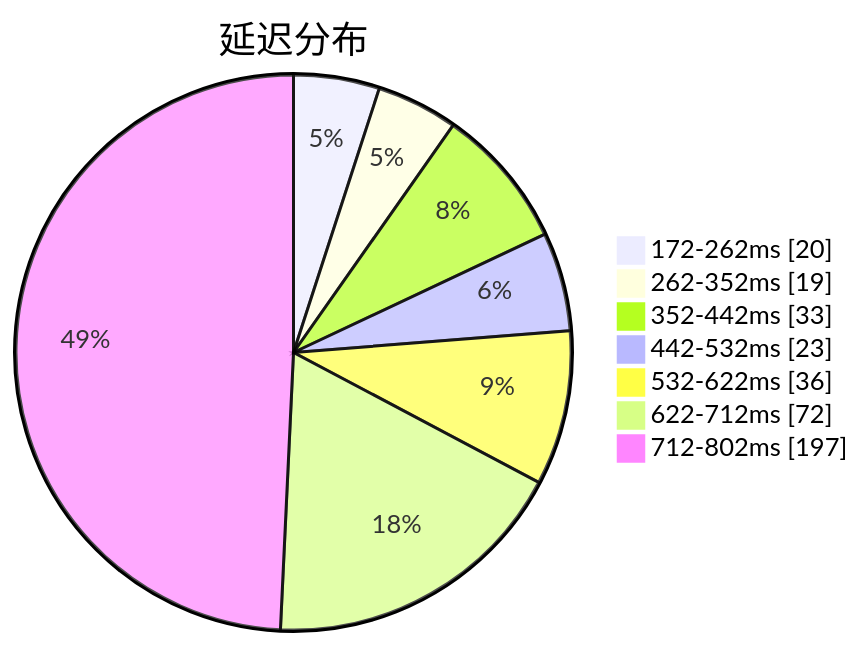
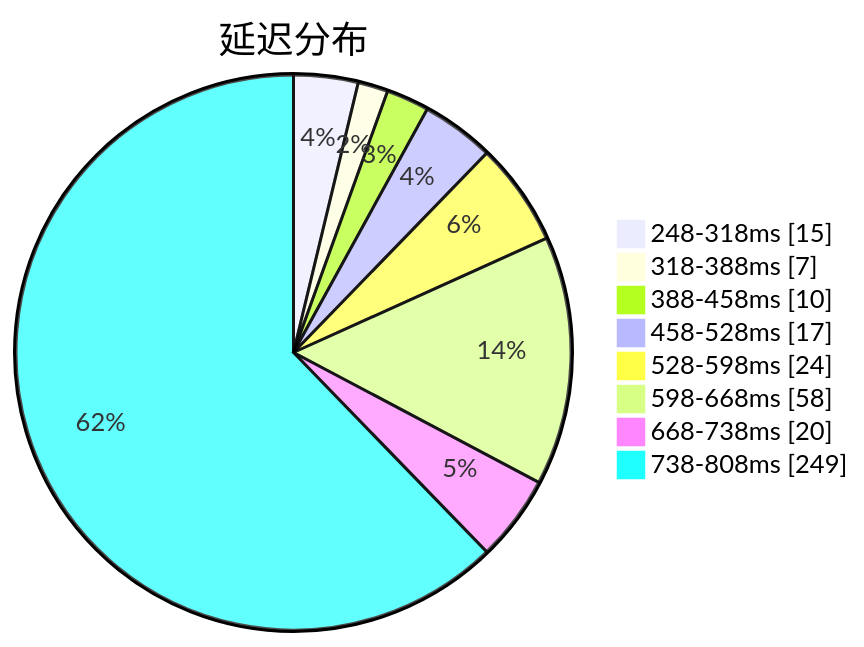
One commit to qjlxg/airport changed the first of 3 diagrams in subs/statistics/tested_within.md. Above: the diagram before and after it, drawn with Mermaid. The commit also changed other lines of this file and 2 other files, not shown here.

````diff
--- a/subs/statistics/tested_within.md
+++ b/subs/statistics/tested_within.md
@@ -2,11 +2,12 @@
 ```mermaid
 pie showData
 title 延迟分布
-"172-262ms" : 20
-"262-352ms" : 19
-"352-442ms" : 33
-"442-532ms" : 23
-"532-622ms" : 36
-"622-712ms" : 72
-"712-802ms" : 197
+"248-318ms" : 15
+"318-388ms" : 7
+"388-458ms" : 10
+"458-528ms" : 17
+"528-598ms" : 24
+"598-668ms" : 58
+"668-738ms" : 20
+"738-808ms" : 249
 ```
````
